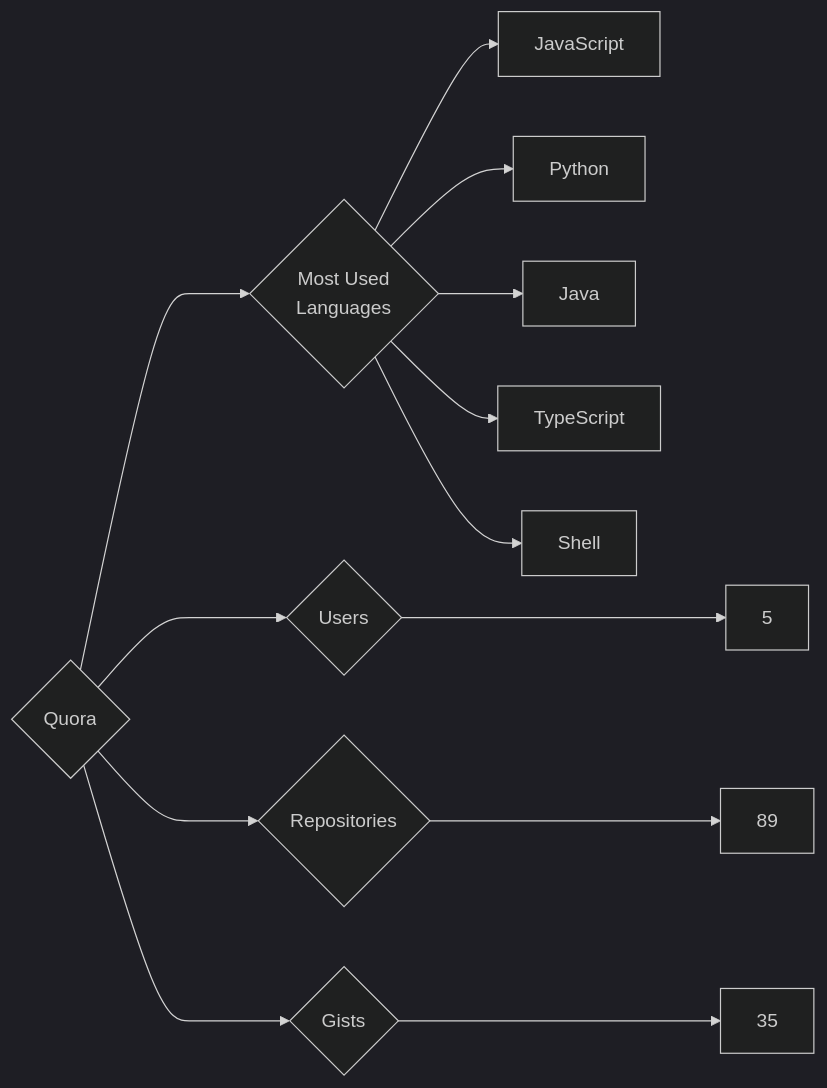
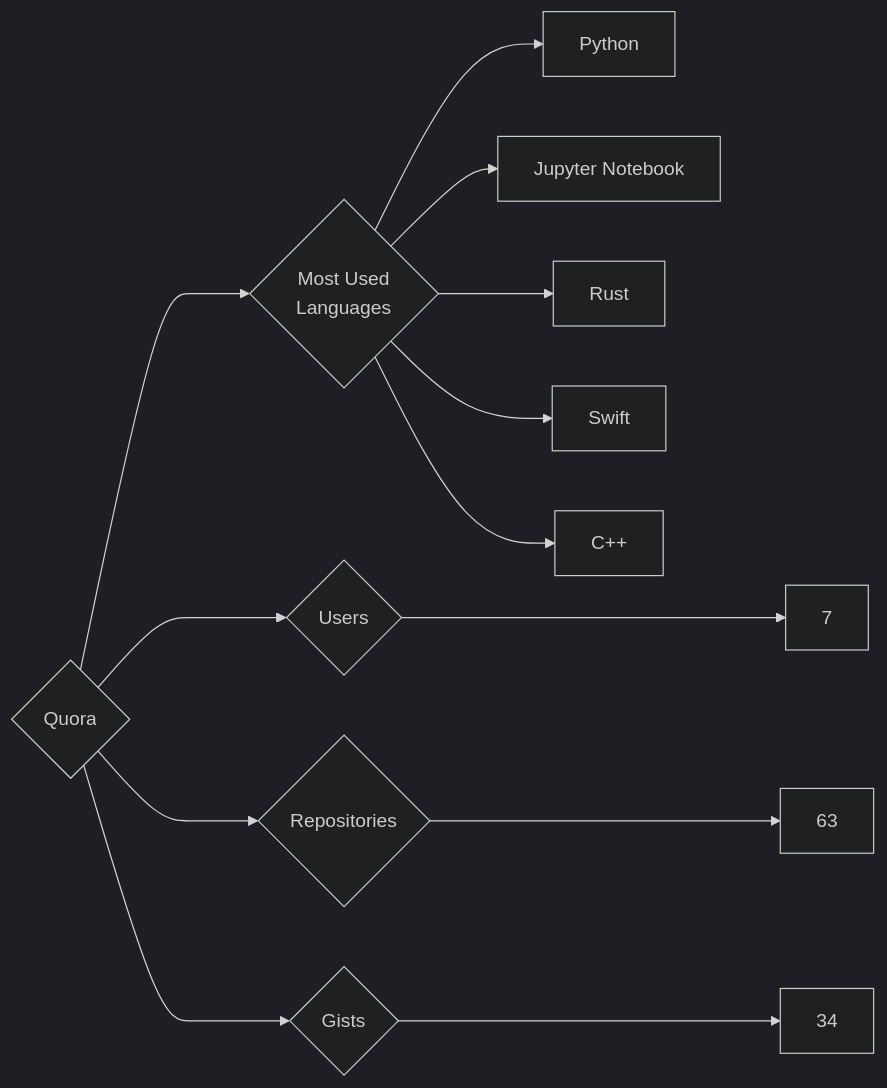
The diagram in targets/Quora/README.md (trickest/insiders), drawn with Mermaid (dark theme) before and after one commit. The commit also changed 1389 other files, not shown here.

````diff
--- a/targets/Quora/README.md
+++ b/targets/Quora/README.md
@@ -3,13 +3,13 @@
 ```mermaid
 graph LR
 COMPANY_NAME{Quora}
-COMPANY_NAME ---> U{Users} ---> UN[5]
-COMPANY_NAME ---> R{Repositories} ---> RN[89]
-COMPANY_NAME ---> G{Gists} ---> GN[35]
+COMPANY_NAME ---> U{Users} ---> UN[7]
+COMPANY_NAME ---> R{Repositories} ---> RN[63]
+COMPANY_NAME ---> G{Gists} ---> GN[34]
 COMPANY_NAME ---> ML{Most Used<br>Languages}
-ML --> JavaScript[JavaScript]
 ML --> Python[Python]
-ML --> Java[Java]
-ML --> TypeScript[TypeScript]
-ML --> Shell[Shell]
+ML --> Jupyter_Notebook[Jupyter Notebook]
+ML --> Rust[Rust]
+ML --> Swift[Swift]
+ML --> C++[C++]
 ```
````
